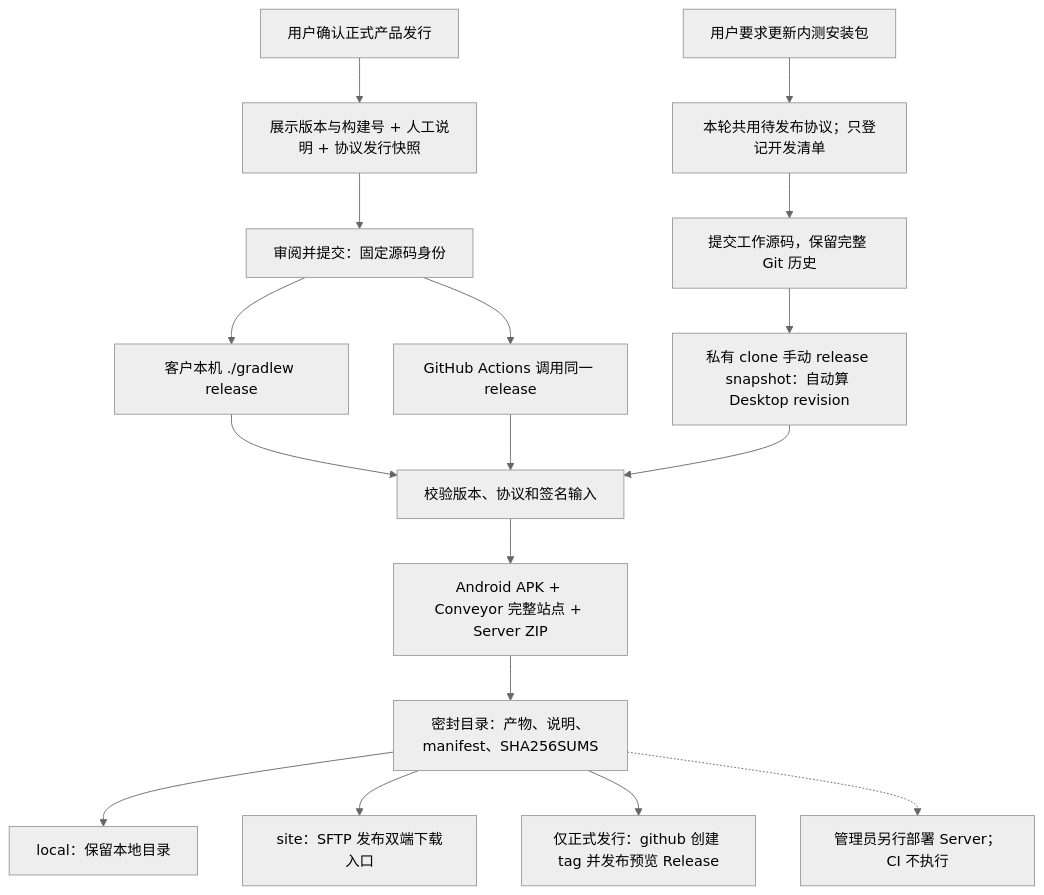
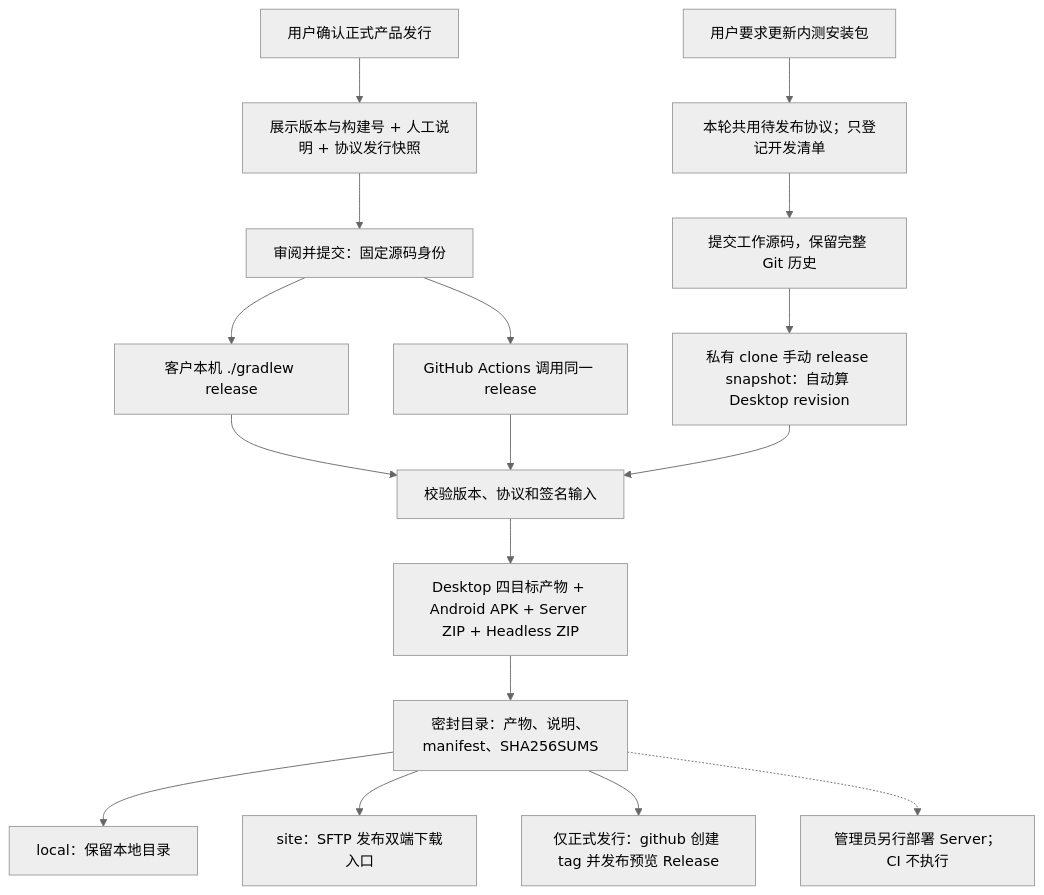
The diagram in doc/07-operations/releasing.md (virjar/team-talk), drawn with Mermaid (neutral theme) before and after one commit. The commit also changed other lines of this file and 100 other files, not shown here.

````diff
--- a/doc/07-operations/releasing.md
+++ b/doc/07-operations/releasing.md
@@ -41,19 +41,19 @@
 ```mermaid
 flowchart TD
     Approval["用户确认正式产品发行"] --> Root
     Root["展示版本与构建号 + 人工说明 + 协议发行快照"] --> Commit["审阅并提交：固定源码身份"]
     TestApproval["用户要求更新内测安装包"] --> Snapshot["本轮共用待发布协议；只登记开发清单"]
     Snapshot --> SnapshotCommit["提交工作源码，保留完整 Git 历史"]
     SnapshotCommit --> SnapshotTask["私有 clone 手动 release snapshot：自动算 Desktop revision"]
     Commit --> Local["客户本机 ./gradlew release"]
     Commit --> CI["GitHub Actions 调用同一 release"]
     Local --> Verify["校验版本、协议和签名输入"]
     CI --> Verify
     SnapshotTask --> Verify
-    Verify --> Producers["Android APK + Conveyor 完整站点 + Server ZIP"]
+    Verify --> Producers["Desktop 四目标产物 + Android APK + Server ZIP + Headless ZIP"]
     Producers --> Seal["密封目录：产物、说明、manifest、SHA256SUMS"]
     Seal --> Disk["local：保留本地目录"]
     Seal --> Site["site：SFTP 发布双端下载入口"]
     Seal --> GitHub["仅正式发行：github 创建 tag 并发布预览 Release"]
     Seal -.-> Admin["管理员另行部署 Server；CI 不执行"]
 ```
````
